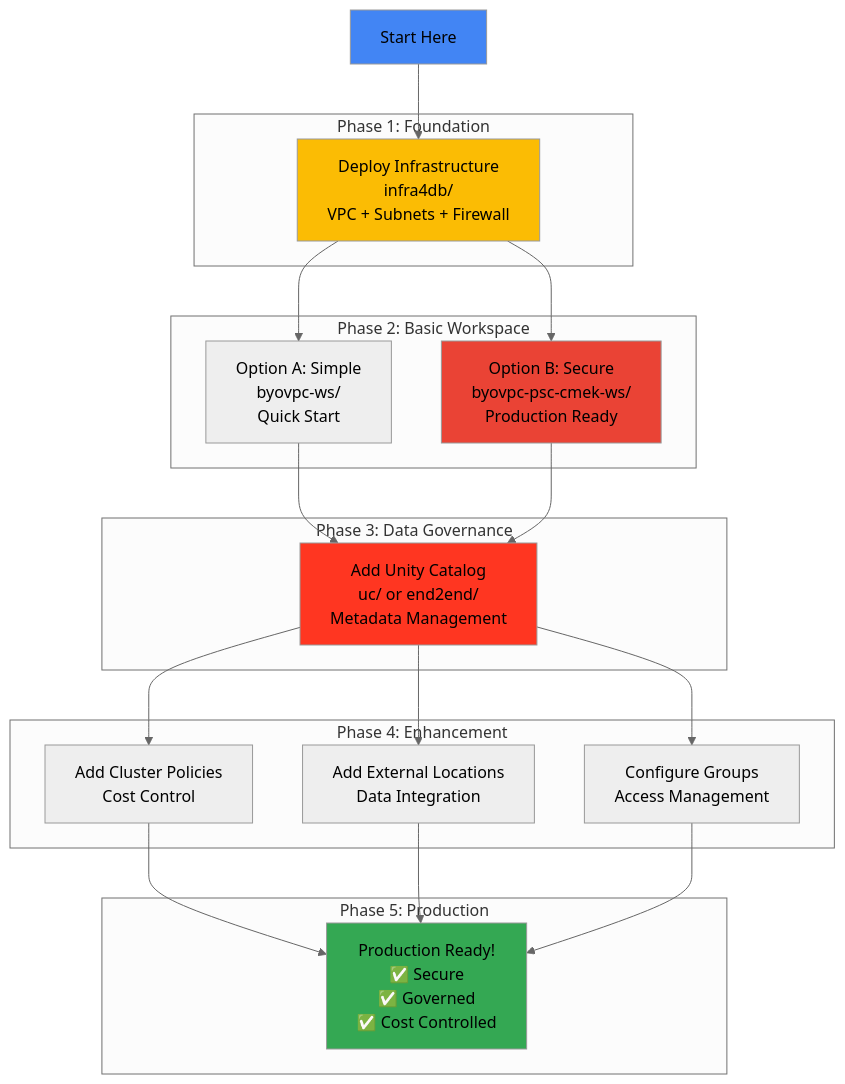
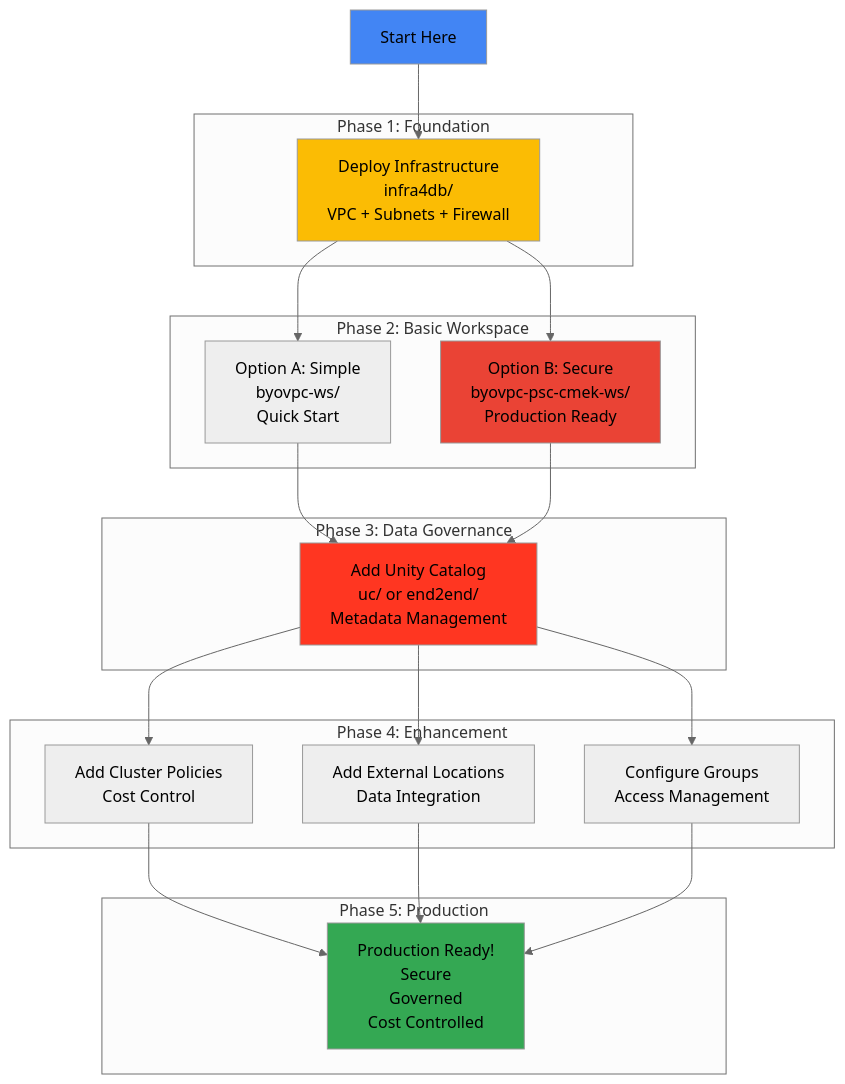
Before and after one commit to bhavink/databricks: diagram 12 of 15 in gcpdb4u/templates/terraform-scripts/readme.md, drawn with Mermaid (neutral theme). The commit also changed other lines of this file and 81 other files, not shown here.

````diff
--- a/gcpdb4u/templates/terraform-scripts/readme.md
+++ b/gcpdb4u/templates/terraform-scripts/readme.md
@@ -828,45 +828,45 @@
 ```mermaid
 graph TB
     START[Start Here]
 
     subgraph "Phase 1: Foundation"
         P1[Deploy Infrastructure<br/>infra4db/<br/>VPC + Subnets + Firewall]
     end
 
     subgraph "Phase 2: Basic Workspace"
         P2A[Option A: Simple<br/>byovpc-ws/<br/>Quick Start]
         P2B[Option B: Secure<br/>byovpc-psc-cmek-ws/<br/>Production Ready]
     end
 
     subgraph "Phase 3: Data Governance"
         P3[Add Unity Catalog<br/>uc/ or end2end/<br/>Metadata Management]
     end
 
     subgraph "Phase 4: Enhancement"
         P4A[Add Cluster Policies<br/>Cost Control]
         P4B[Add External Locations<br/>Data Integration]
         P4C[Configure Groups<br/>Access Management]
     end
 
     subgraph "Phase 5: Production"
-        P5[Production Ready!<br/>✅ Secure<br/>✅ Governed<br/>✅ Cost Controlled]
+        P5[Production Ready!<br/> Secure<br/> Governed<br/> Cost Controlled]
     end
 
     START --> P1
     P1 --> P2A
     P1 --> P2B
     P2A --> P3
     P2B --> P3
     P3 --> P4A
     P3 --> P4B
     P3 --> P4C
     P4A --> P5
     P4B --> P5
     P4C --> P5
 
     style START fill:#4285F4
     style P1 fill:#FBBC04
     style P2B fill:#EA4335
     style P3 fill:#FF3621
     style P5 fill:#34A853
 ```
````
